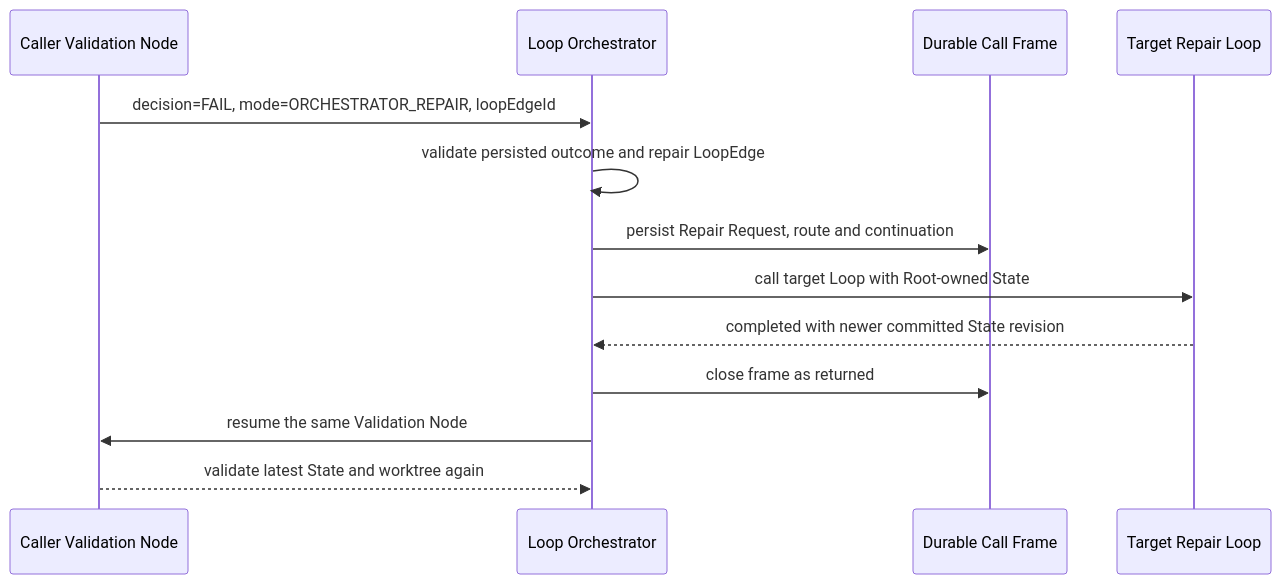
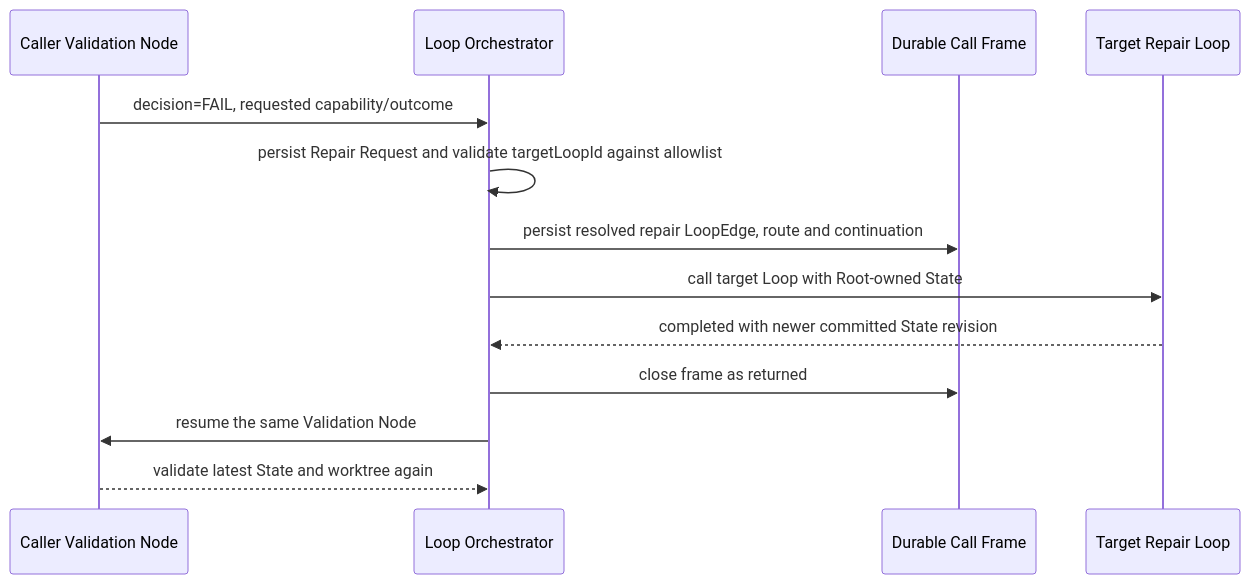
Before and after one commit to isinisalo/ballet: the second of 3 diagrams in .ballet/adr/adr-015-work-loop-state-ja-loop-orchestrator.md, drawn with Mermaid. The commit also changed other lines of this file and 37 other files, not shown here.

````diff
--- a/.ballet/adr/adr-015-work-loop-state-ja-loop-orchestrator.md
+++ b/.ballet/adr/adr-015-work-loop-state-ja-loop-orchestrator.md
@@ -269,16 +279,16 @@
 ```mermaid
 sequenceDiagram
   participant V as Caller Validation Node
   participant O as Loop Orchestrator
   participant F as Durable Call Frame
   participant R as Target Repair Loop
 
-  V->>O: decision=FAIL, mode=ORCHESTRATOR_REPAIR, loopEdgeId
-  O->>O: validate persisted outcome and repair LoopEdge
-  O->>F: persist Repair Request, route and continuation
+  V->>O: decision=FAIL, requested capability/outcome
+  O->>O: persist Repair Request and validate targetLoopId against allowlist
+  O->>F: persist resolved repair LoopEdge, route and continuation
   O->>R: call target Loop with Root-owned State
   R-->>O: completed with newer committed State revision
   O->>F: close frame as returned
   O->>V: resume the same Validation Node
   V-->>O: validate latest State and worktree again
 ```
````
